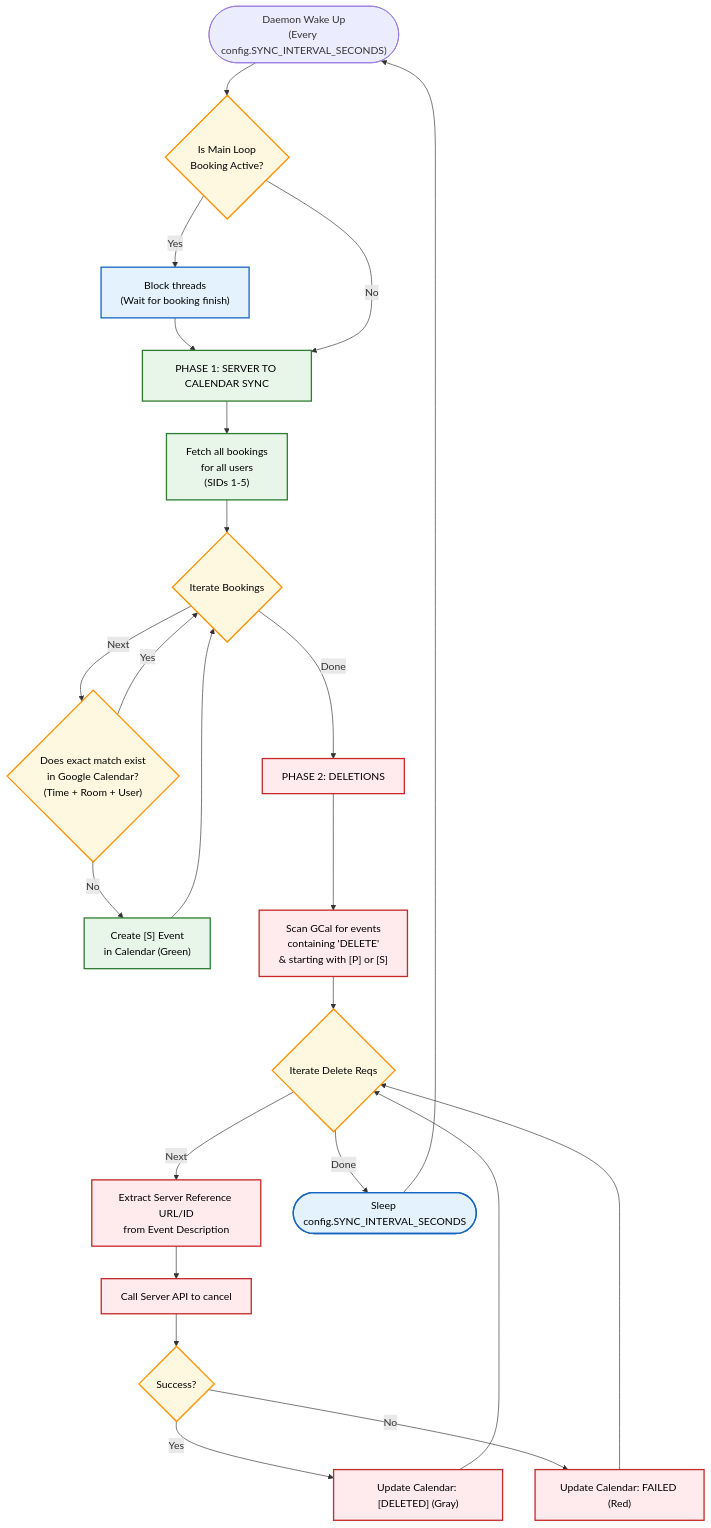
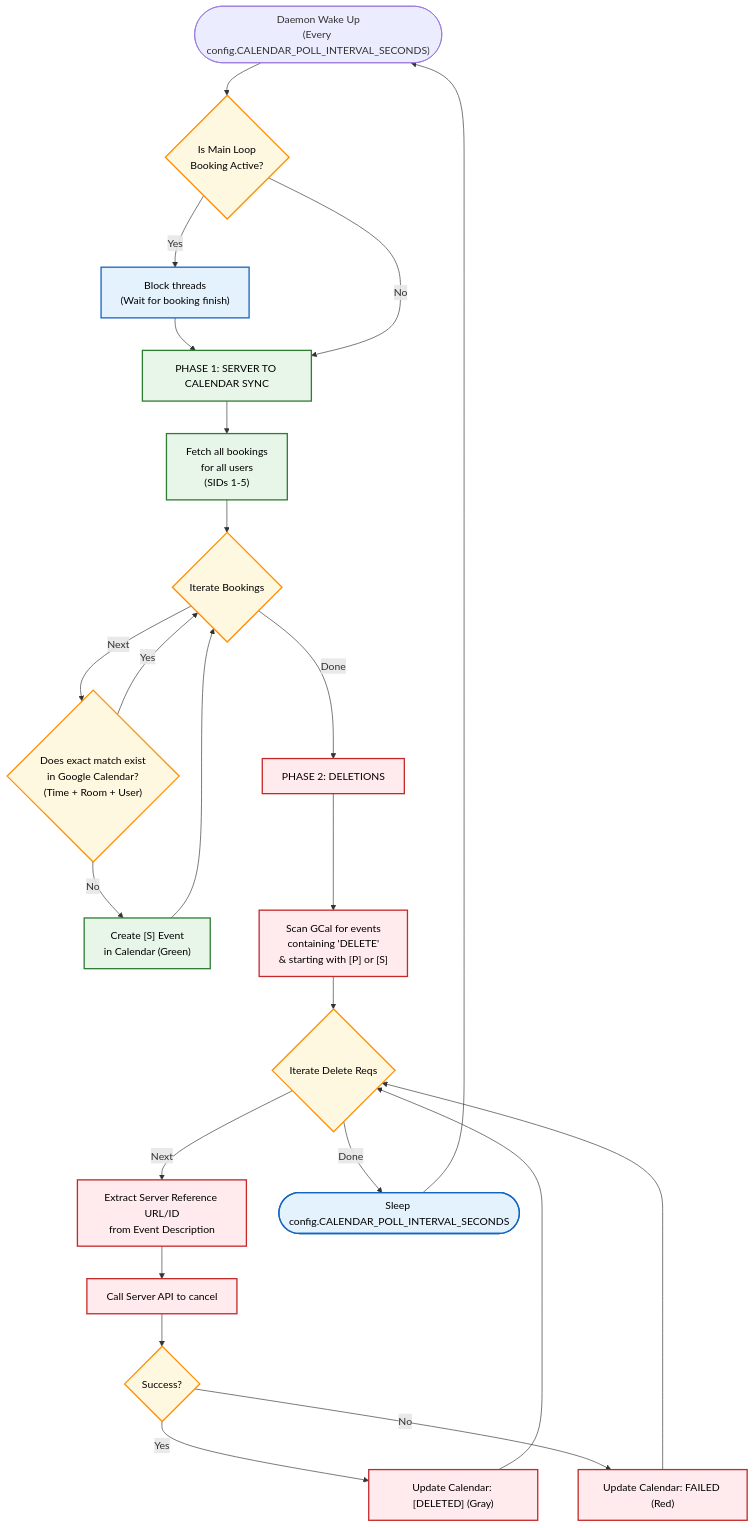
One commit to duck-5/BookingAgent changed the second of 2 diagrams in docs/booking_rules.md. Above: the diagram before and after it, drawn with Mermaid. The commit also changed 1 other file, not shown here.

Commit message:
docs: update booking rules and architecture diagrams

````diff
--- a/docs/booking_rules.md
+++ b/docs/booking_rules.md
@@ -98,42 +98,42 @@
 ```mermaid
 flowchart TD
     %% --- STYLING ---
     classDef sync fill:#E8F5E9,stroke:#2E7D32,stroke-width:2px,color:#000;
     classDef delete fill:#FFEBEE,stroke:#C62828,stroke-width:2px,color:#000;
     classDef decision fill:#FFF8E1,stroke:#FF8F00,stroke-width:2px,color:#000;
     classDef start fill:#E3F2FD,stroke:#1565C0,stroke-width:2px,color:#000;
 
-    Start(["Daemon Wake Up<br>(Every config.SYNC_INTERVAL_SECONDS)"]) --> CheckActive{"Is Main Loop<br>Booking Active?"}:::decision
+    Start(["Daemon Wake Up<br>(Every config.CALENDAR_POLL_INTERVAL_SECONDS)"]) --> CheckActive{"Is Main Loop<br>Booking Active?"}:::decision
     
     CheckActive -- Yes --> Block["Block threads<br>(Wait for booking finish)"]:::start
     Block --> ExecuteSync
     
     CheckActive -- No --> ExecuteSync
     
     ExecuteSync["PHASE 1: SERVER TO CALENDAR SYNC"]:::sync --> FetchServer["Fetch all bookings<br>for all users<br>(SIDs 1-5)"]:::sync
     FetchServer --> LoopBookings{Iterate Bookings}:::decision
     
     LoopBookings -- Next --> DuplicateCheck{"Does exact match exist<br>in Google Calendar?<br>(Time + Room + User)"}:::decision
     
     DuplicateCheck -- "Yes" --> LoopBookings
     DuplicateCheck -- "No" --> CreateSync["Create [S] Event<br>in Calendar (Green)"]:::sync
     CreateSync --> LoopBookings
     
     LoopBookings -- "Done" --> ExecuteDelete
     
     ExecuteDelete["PHASE 2: DELETIONS"]:::delete --> FetchDeletions["Scan GCal for events<br>containing 'DELETE'<br>& starting with [P] or [S]"]:::delete
     FetchDeletions --> LoopDel{Iterate Delete Reqs}:::decision
     
     LoopDel -- Next --> Extract["Extract Server Reference URL/ID<br>from Event Description"]:::delete
     Extract --> ApiDelete["Call Server API to cancel"]:::delete
     ApiDelete --> DelRes{"Success?"}:::decision
     
     DelRes -- Yes --> MarkDel["Update Calendar: [DELETED] (Gray)"]:::delete
     DelRes -- No --> MarkErr["Update Calendar: FAILED (Red)"]:::delete
     
     MarkDel --> LoopDel
     MarkErr --> LoopDel
     
-    LoopDel -- "Done" --> Sleep(["Sleep config.SYNC_INTERVAL_SECONDS"]):::start
+    LoopDel -- "Done" --> Sleep(["Sleep config.CALENDAR_POLL_INTERVAL_SECONDS"]):::start
     Sleep --> Start
 ```
````
